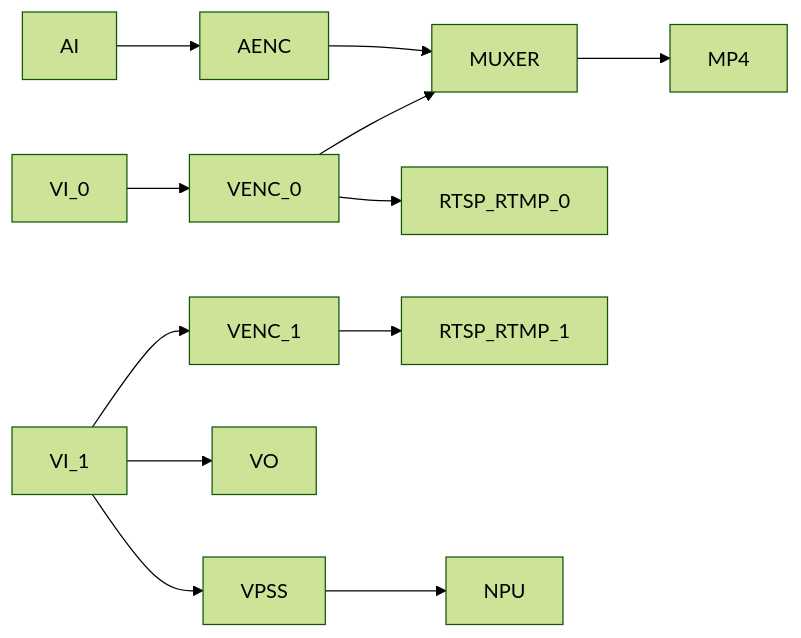
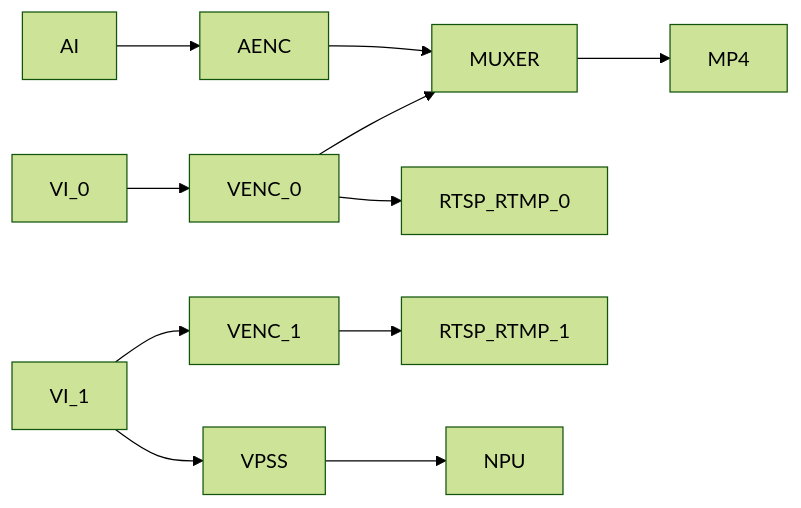
One commit to khadas/app_rkipc changed the first of 7 diagrams in Rockchip_Developer_Guide_Linux_RKIPC_CN.md. Above: the diagram before and after it, drawn with Mermaid (forest theme). The commit also changed 2 other files, not shown here.

Commit message:
rv1106_ipc: remove venc_2 config

````diff
--- a/Rockchip_Developer_Guide_Linux_RKIPC_CN.md
+++ b/Rockchip_Developer_Guide_Linux_RKIPC_CN.md
@@ -100,9 +100,8 @@
 ```mermaid
 graph LR
 	AI-->AENC-->MUXER-->MP4
 	VI_0-->VENC_0-->MUXER
 	VENC_0-->RTSP_RTMP_0
 	VI_1-->VENC_1-->RTSP_RTMP_1
-	VI_1-->VO
 	VI_1-->VPSS-->NPU
 ```
````
